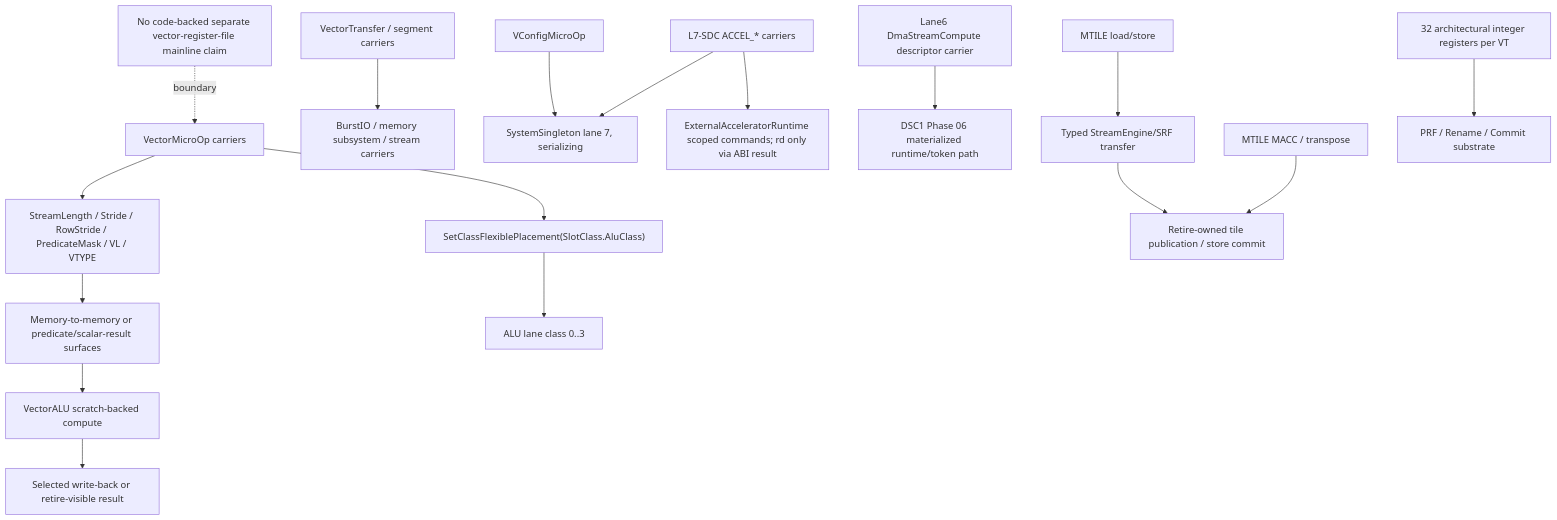
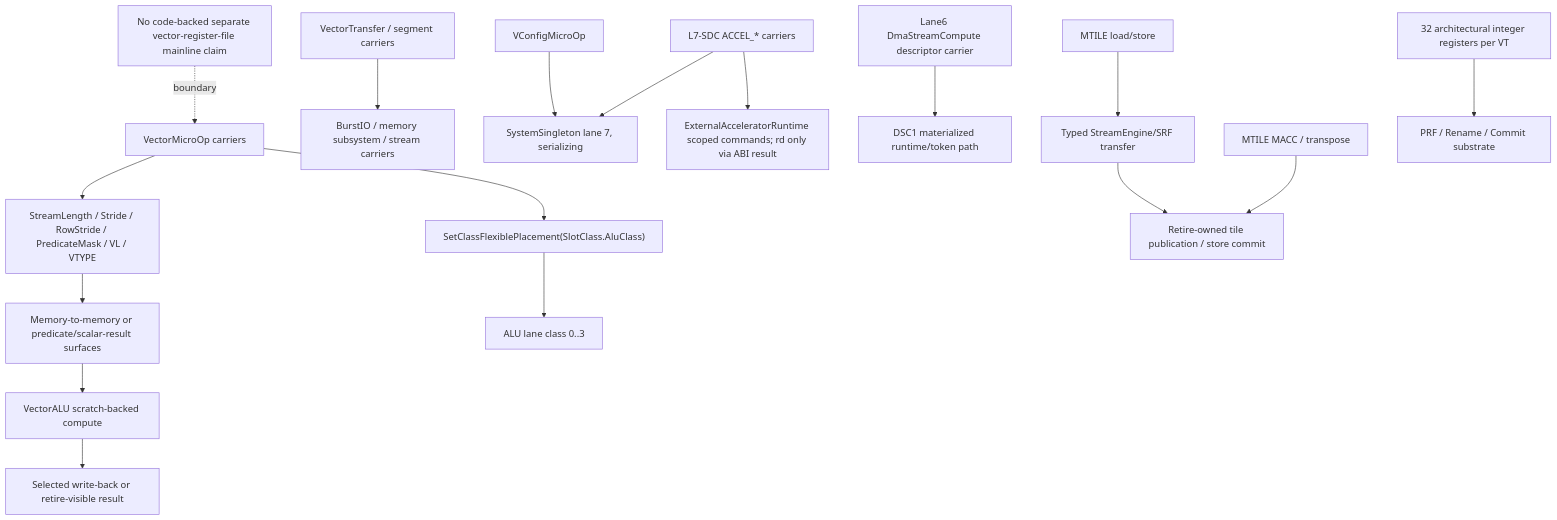
The second of 15 diagrams in README.md (yuriyyak23/HybridCPU-v2), drawn with Mermaid before and after one commit. The commit also changed other lines of this file, not shown here.

````diff
--- a/README.md
+++ b/README.md
@@ -305,19 +304,19 @@
 ```mermaid
 flowchart TB
     V["VectorMicroOp carriers"] --> POLICY["StreamLength / Stride / RowStride / PredicateMask / VL / VTYPE"]
     POLICY --> MEM["Memory-to-memory or predicate/scalar-result surfaces"]
     MEM --> VALU["VectorALU scratch-backed compute"]
     VALU --> PUB["Selected write-back or retire-visible result"]
     V --> PLACE["SetClassFlexiblePlacement(SlotClass.AluClass)"]
     PLACE --> LANES["ALU lane class 0..3"]
     TRANS["VectorTransfer / segment carriers"] --> STREAM["BurstIO / memory subsystem / stream carriers"]
     CFG["VConfigMicroOp"] --> SYS["SystemSingleton lane 7, serializing"]
     L7SDC["L7-SDC ACCEL_* carriers"] --> SYS
     L7SDC --> L7RUN["ExternalAcceleratorRuntime scoped commands; rd only via ABI result"]
-    DSC["Lane6 DmaStreamCompute descriptor carrier"] --> DSCRUN["DSC1 Phase 06 materialized runtime/token path"]
+    DSC["Lane6 DmaStreamCompute descriptor carrier"] --> DSCRUN["DSC1 materialized runtime/token path"]
     MTMEM["MTILE load/store"] --> MTTRANS["Typed StreamEngine/SRF transfer"]
     MTTRANS --> MTRET["Retire-owned tile publication / store commit"]
     MTCOMP["MTILE MACC / transpose"] --> MTRET
     GPR["32 architectural integer registers per VT"] --> BACK["PRF / Rename / Commit substrate"]
     NOVRF["No code-backed separate vector-register-file mainline claim"] -. boundary .-> V
 ```
````
